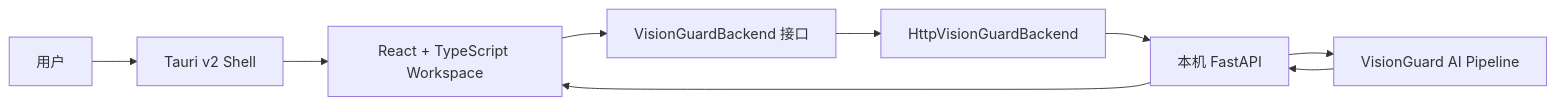
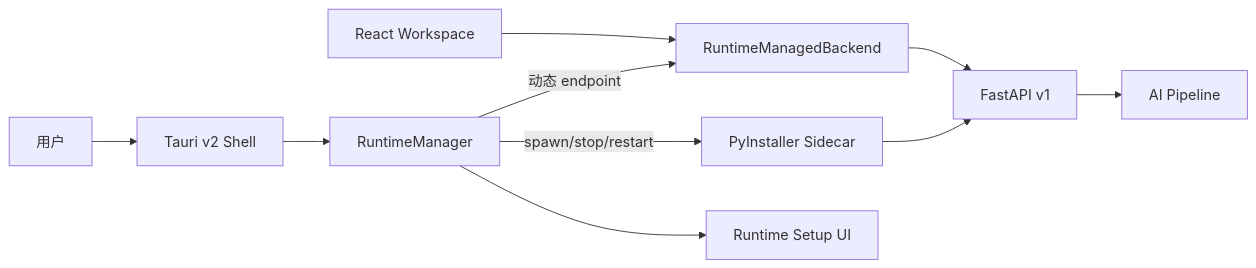
The diagram in docs/desktop_architecture.md (qdjia/VisionGuard), drawn with Mermaid before and after one commit. The commit also changed other lines of this file and 60 other files, not shown here.

First line of the commit message:
feat(runtime): add self-contained local AI sidecar lifecycle

````diff
--- a/docs/desktop_architecture.md
+++ b/docs/desktop_architecture.md
@@ -9,10 +9,12 @@
 ```mermaid
 flowchart LR
     U[用户] --> T[Tauri v2 Shell]
-    T --> R[React + TypeScript Workspace]
-    R --> B[VisionGuardBackend 接口]
-    B --> H[HttpVisionGuardBackend]
-    H --> A[本机 FastAPI]
-    A --> P[VisionGuard AI Pipeline]
-    P --> A --> R
+    T --> M[RuntimeManager]
+    M -->|spawn/stop/restart| S[PyInstaller Sidecar]
+    M -->|动态 endpoint| B[RuntimeManagedBackend]
+    S --> A[FastAPI v1]
+    A --> P[AI Pipeline]
+    B --> A
+    R[React Workspace] --> B
+    M --> Q[Runtime Setup UI]
 ```
````
